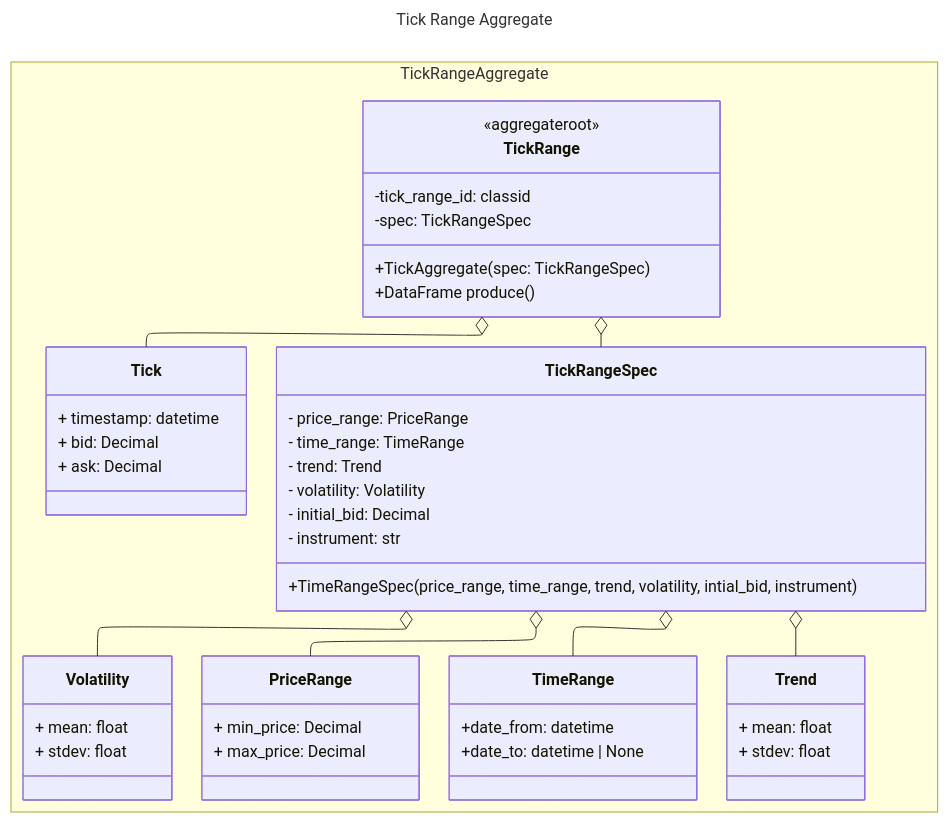
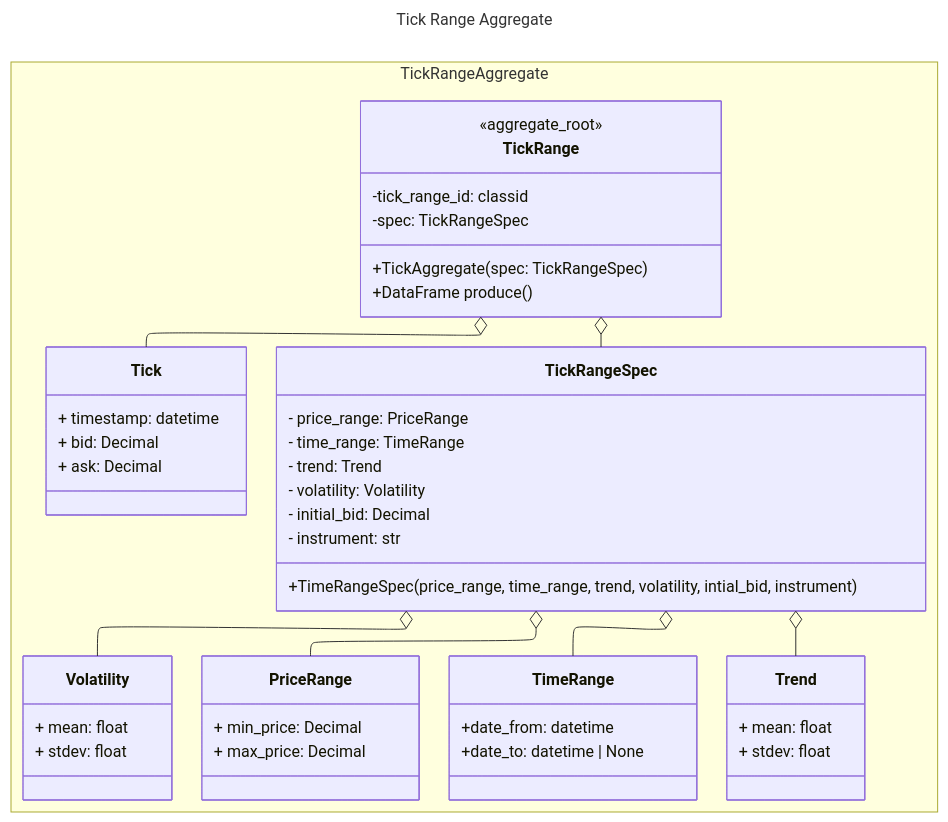
Before and after one commit to mchiuminatto/synthetick: the second of 4 diagrams in docs/design/domain-analysis.md, drawn with Mermaid. The commit also changed other lines of this file, not shown here.

````diff
--- a/docs/design/domain-analysis.md
+++ b/docs/design/domain-analysis.md
@@ -76,65 +76,66 @@
 ```mermaid
 ---
 config:
   theme: default
   look: classic
   layout: elk
 title: Tick Range Aggregate
 ---
 classDiagram
+
 namespace TickRangeAggregate{
 
-  class TickRange <<aggregateroot>> {
+  class TickRange <<aggregate_root>> {
     -tick_range_id: classid
     -spec: TickRangeSpec
     +TickAggregate(spec: TickRangeSpec)
     +DataFrame produce()
   }
 
 
   class TickRangeSpec{
     - price_range: PriceRange
     - time_range: TimeRange
     - trend: Trend
     - volatility: Volatility
     - initial_bid: Decimal
     - instrument: str
 
     +TimeRangeSpec(price_range, time_range, trend, volatility, intial_bid, instrument)
   }
 
   class TimeRange{
     +date_from: datetime
     +date_to: datetime | None
   }
 
   class Volatility{
     + mean: float
     + stdev: float
   }
 
   class Trend{
     + mean: float
     + stdev: float
   }
 
   class PriceRange{
     + min_price: Decimal
     + max_price: Decimal
   }
 
   class Tick{
     + timestamp: datetime
     + bid: Decimal
     + ask: Decimal
   }
 
 
 }
 TickRange o-- TickRangeSpec
 TickRange o-- Tick
 TickRangeSpec o-- PriceRange
 TickRangeSpec o-- TimeRange
 TickRangeSpec o-- Volatility
 TickRangeSpec o-- Trend
 ```
````
